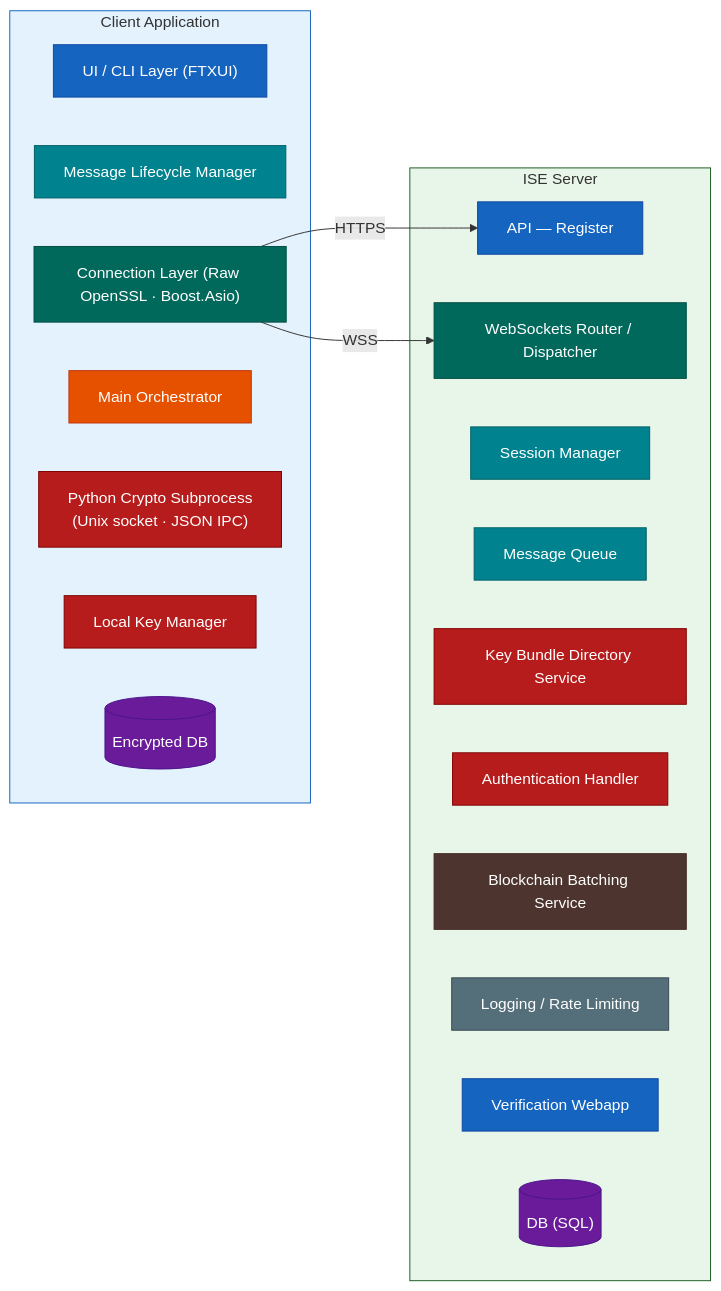
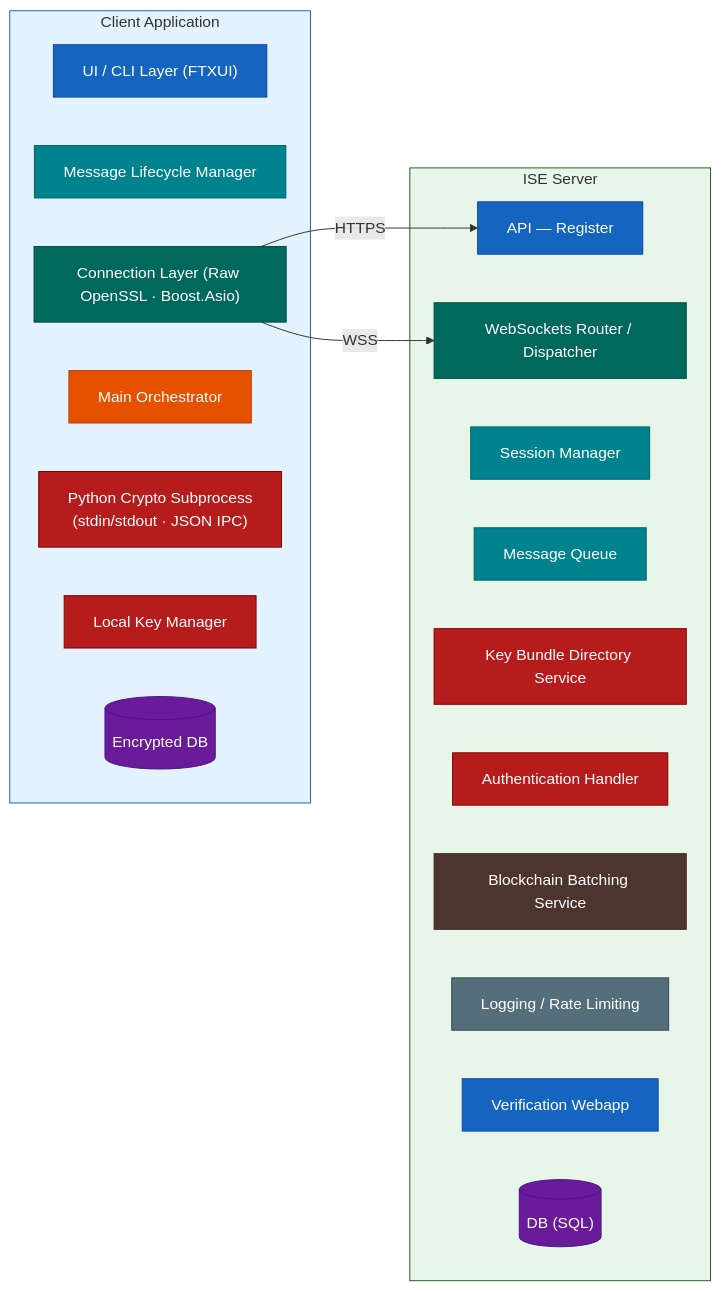
The first of 3 diagrams in docs/architecture.md (meltedelement/EPIC-1bit2qbit), drawn with Mermaid before and after one commit. The commit also changed other lines of this file and 3 other files, not shown here.

Commit message:
Switched to using stdin/out rather than a unix socket and updated the docs to match

````diff
--- a/docs/architecture.md
+++ b/docs/architecture.md
@@ -5,40 +5,40 @@
 ```mermaid
 flowchart LR
     classDef entry      fill:#1565C0,stroke:#0D47A1,color:#fff
     classDef orch       fill:#E65100,stroke:#BF360C,color:#fff
     classDef transport  fill:#00695C,stroke:#004D40,color:#fff
     classDef messaging  fill:#00838F,stroke:#006064,color:#fff
     classDef security   fill:#B71C1C,stroke:#7F0000,color:#fff
     classDef blockchain fill:#4E342E,stroke:#3E2723,color:#fff
     classDef infra      fill:#546E7A,stroke:#37474F,color:#fff
     classDef storage    fill:#6A1B9A,stroke:#4A148C,color:#fff
 
     subgraph CA["Client Application"]
         UI["UI / CLI Layer (FTXUI)"]:::entry
         MLM["Message Lifecycle Manager"]:::messaging
         CONN["Connection Layer (Raw OpenSSL · Boost.Asio)"]:::transport
         ORCH["Main Orchestrator"]:::orch
-        CRYPTO["Python Crypto Subprocess\n(Unix socket · JSON IPC)"]:::security
+        CRYPTO["Python Crypto Subprocess\n(stdin/stdout · JSON IPC)"]:::security
         KEYS["Local Key Manager"]:::security
         DBC[("Encrypted DB")]:::storage
     end
 
     subgraph ISE["ISE Server"]
         API["API — Register"]:::entry
         WS["WebSockets Router / Dispatcher"]:::transport
         SESSION["Session Manager"]:::messaging
         MQ["Message Queue"]:::messaging
         KBD["Key Bundle Directory Service"]:::security
         AUTHN["Authentication Handler"]:::security
         BC["Blockchain Batching Service"]:::blockchain
         LOG["Logging / Rate Limiting"]:::infra
         WEBAPP["Verification Webapp"]:::entry
         DBS[("DB (SQL)")]:::storage
     end
 
     CONN -->|HTTPS| API
     CONN -->|WSS| WS
 
     style CA fill:#E3F2FD,stroke:#1565C0
     style ISE fill:#E8F5E9,stroke:#1B5E20
 ```
````
